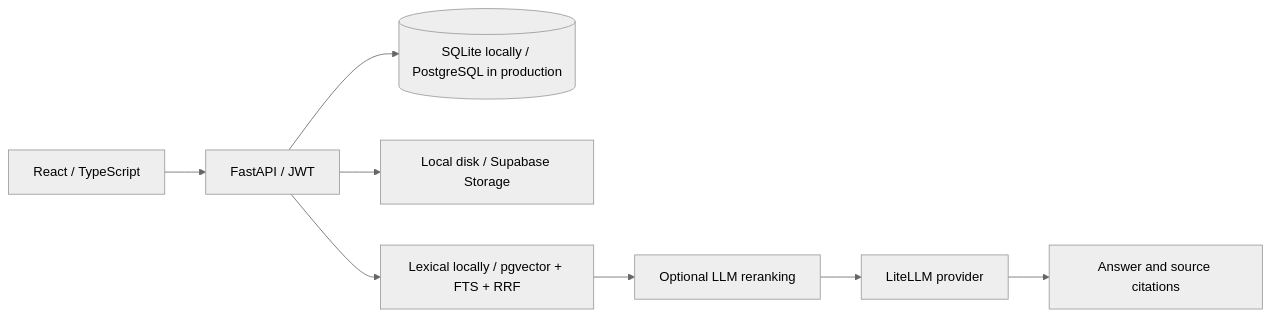
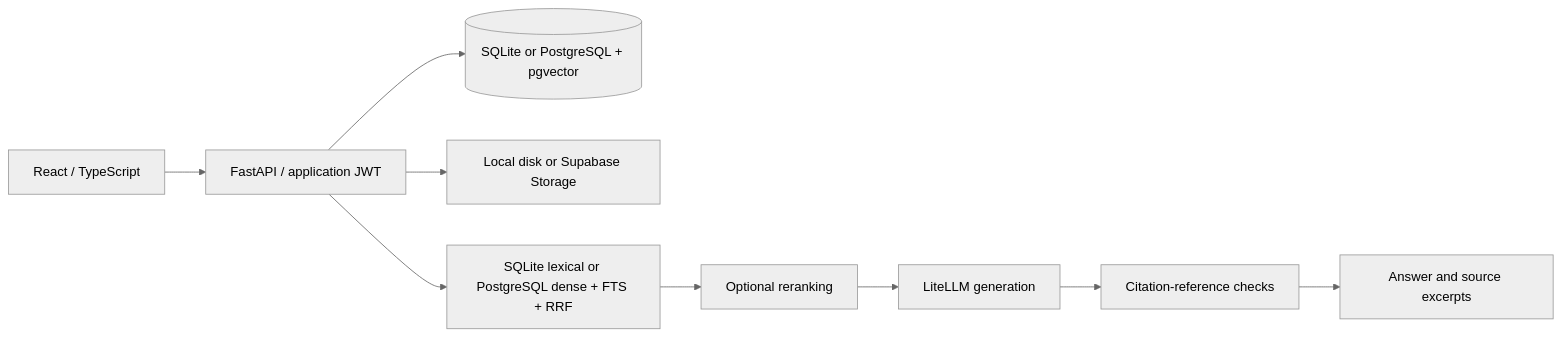
The diagram in README.md (salimtagemouati/documind), drawn with Mermaid (neutral theme) before and after one commit. The commit also changed other lines of this file and 34 other files, not shown here.

````diff
--- a/README.md
+++ b/README.md
@@ -93,10 +14,11 @@
 ```mermaid
 flowchart LR
-    UI[React / TypeScript] --> API[FastAPI / JWT]
-    API --> DB[(SQLite locally / PostgreSQL in production)]
-    API --> Files[Local disk / Supabase Storage]
-    API --> Retrieval[Lexical locally / pgvector + FTS + RRF]
-    Retrieval --> Rerank[Optional LLM reranking]
-    Rerank --> LLM[LiteLLM provider]
-    LLM --> Answer[Answer and source citations]
+    UI[React / TypeScript] --> API[FastAPI / application JWT]
+    API --> DB[(SQLite or PostgreSQL + pgvector)]
+    API --> Files[Local disk or Supabase Storage]
+    API --> Retrieval[SQLite lexical or PostgreSQL dense + FTS + RRF]
+    Retrieval --> Rerank[Optional reranking]
+    Rerank --> LLM[LiteLLM generation]
+    LLM --> Validation[Citation-reference checks]
+    Validation --> Answer[Answer and source excerpts]
 ```
````
